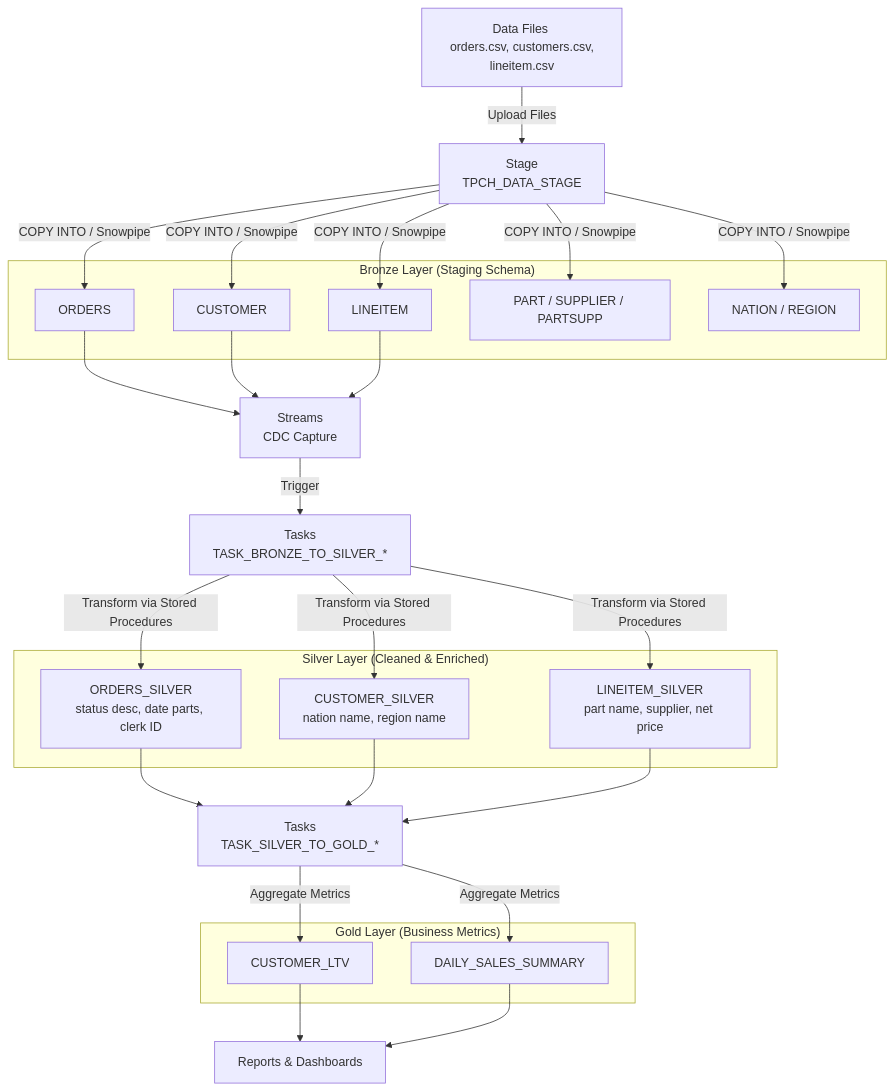
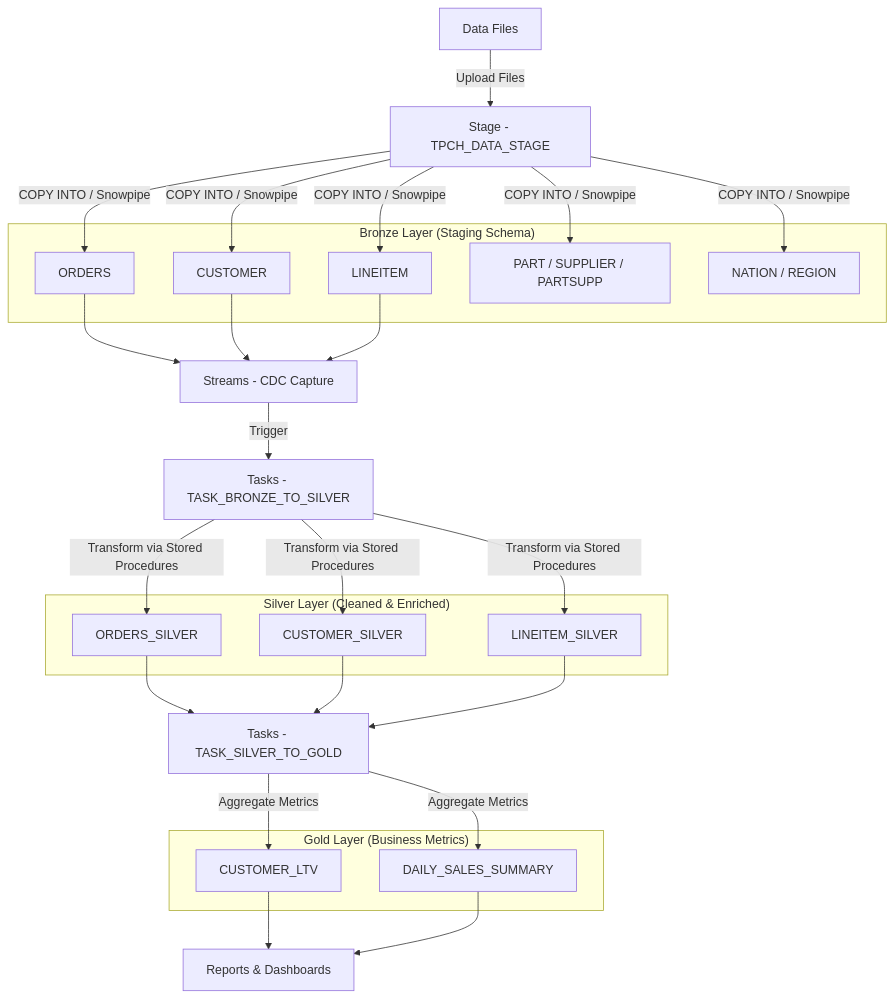
The diagram in README.md (thuuyen109/snowflake-tpch-analytics), drawn with Mermaid before and after one commit.

Commit message:
update mermaid

````diff
--- a/README.md
+++ b/README.md
@@ -34,59 +34,59 @@
 ```mermaid
 flowchart TD
-    A["Data Files \n orders.csv, customers.csv, lineitem.csv"]
-    B["Stage\nTPCH_DATA_STAGE"]
+    A["Data Files"]
+    B["Stage - TPCH_DATA_STAGE"]
 
     subgraph BRONZE["Bronze Layer (Staging Schema)"]
         B1["ORDERS"]
         B2["CUSTOMER"]
         B3["LINEITEM"]
         B4["PART / SUPPLIER / PARTSUPP"]
         B5["NATION / REGION"]
     end
 
-    C["Streams\nCDC Capture"]
-    D["Tasks\nTASK_BRONZE_TO_SILVER_*"]
+    C["Streams - CDC Capture"]
+    D["Tasks - TASK_BRONZE_TO_SILVER"]
 
     subgraph SILVER["Silver Layer (Cleaned & Enriched)"]
-        S1["ORDERS_SILVER\nstatus desc, date parts, clerk ID"]
-        S2["CUSTOMER_SILVER\nnation name, region name"]
-        S3["LINEITEM_SILVER\npart name, supplier, net price"]
+        S1["ORDERS_SILVER"]
+        S2["CUSTOMER_SILVER"]
+        S3["LINEITEM_SILVER"]
     end
 
-    E["Tasks\nTASK_SILVER_TO_GOLD_*"]
+    E["Tasks - TASK_SILVER_TO_GOLD"]
 
     subgraph GOLD["Gold Layer (Business Metrics)"]
         G1["CUSTOMER_LTV"]
         G2["DAILY_SALES_SUMMARY"]
     end
 
     F["Reports & Dashboards"]
 
     A -->|Upload Files| B
     B -->|COPY INTO / Snowpipe| B1
     B -->|COPY INTO / Snowpipe| B2
     B -->|COPY INTO / Snowpipe| B3
     B -->|COPY INTO / Snowpipe| B4
     B -->|COPY INTO / Snowpipe| B5
 
     B1 --> C
     B2 --> C
     B3 --> C
 
     C -->|Trigger| D
     D -->|Transform via Stored Procedures| S1
     D -->|Transform via Stored Procedures| S2
     D -->|Transform via Stored Procedures| S3
 
     S1 --> E
     S2 --> E
     S3 --> E
 
     E -->|Aggregate Metrics| G1
     E -->|Aggregate Metrics| G2
 
     G1 --> F
     G2 --> F
 
 
 ```
````
